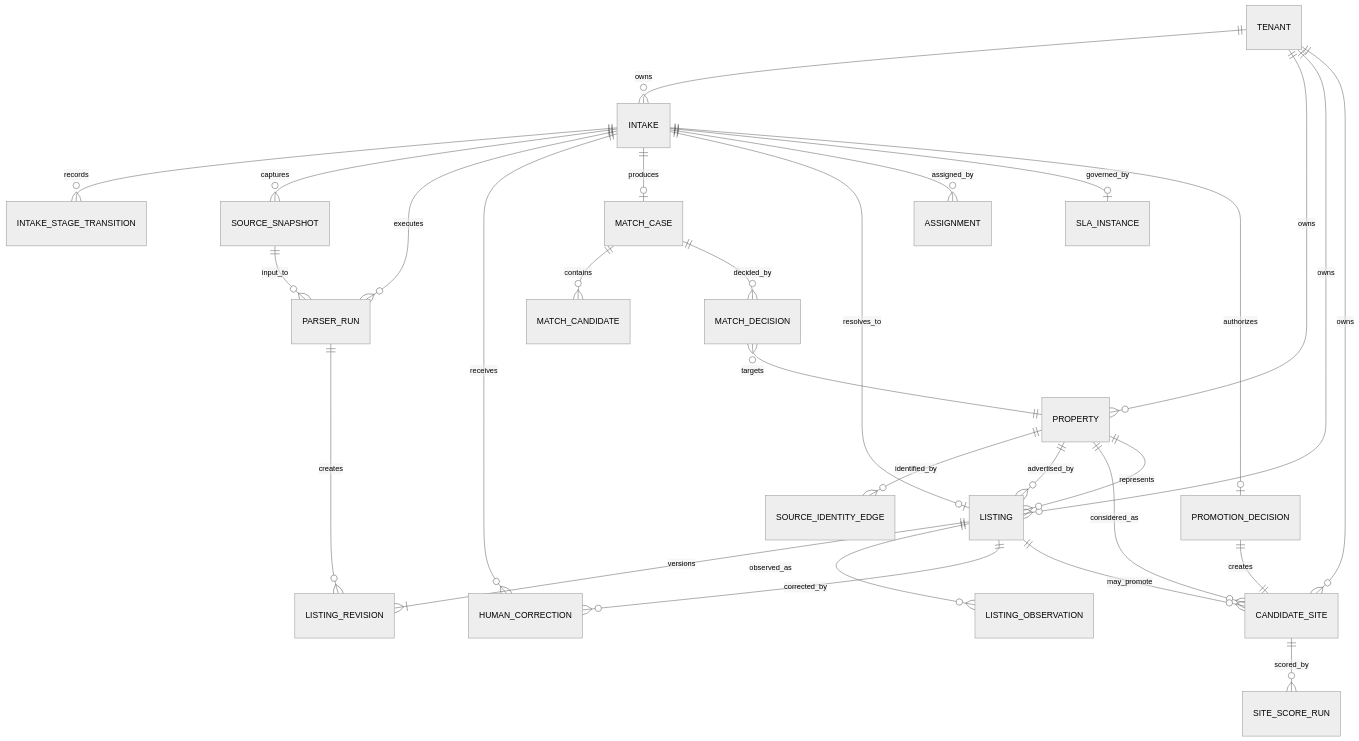
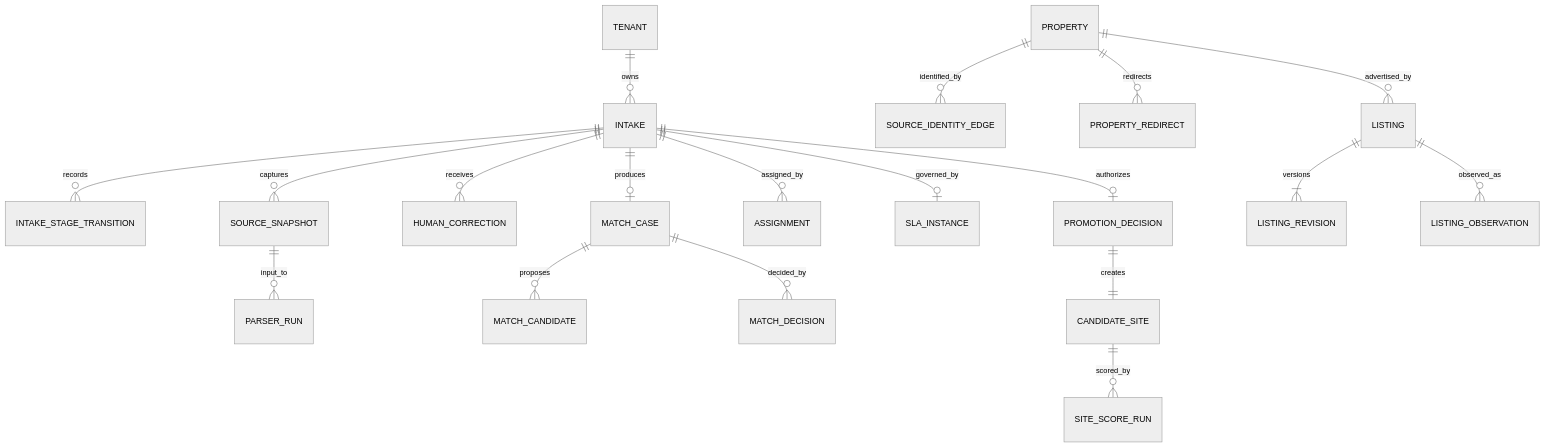
Before and after one commit to alfloop-dev/odayplus: the diagram in docs/design/ODAY_PLUS_ASSISTED_LISTING_INTAKE_SYSTEM_DESIGN_RESPONSE.md, drawn with Mermaid (neutral theme). The commit also changed other lines of this file, not shown here.

Commit message:
ODP-SD-INTAKE-001: resubmit binding design v0.2.0

````diff
--- a/docs/design/ODAY_PLUS_ASSISTED_LISTING_INTAKE_SYSTEM_DESIGN_RESPONSE.md
+++ b/docs/design/ODAY_PLUS_ASSISTED_LISTING_INTAKE_SYSTEM_DESIGN_RESPONSE.md
@@ -99,36 +72,21 @@
 ```mermaid
 erDiagram
     TENANT ||--o{ INTAKE : owns
-    TENANT ||--o{ PROPERTY : owns
-    TENANT ||--o{ LISTING : owns
-    TENANT ||--o{ CANDIDATE_SITE : owns
-
     INTAKE ||--o{ INTAKE_STAGE_TRANSITION : records
     INTAKE ||--o{ SOURCE_SNAPSHOT : captures
-    INTAKE ||--o{ PARSER_RUN : executes
+    SOURCE_SNAPSHOT ||--o{ PARSER_RUN : input_to
     INTAKE ||--o{ HUMAN_CORRECTION : receives
     INTAKE ||--o| MATCH_CASE : produces
-    INTAKE ||--o| LISTING : resolves_to
+    MATCH_CASE ||--o{ MATCH_CANDIDATE : proposes
+    MATCH_CASE ||--o{ MATCH_DECISION : decided_by
+    PROPERTY ||--o{ SOURCE_IDENTITY_EDGE : identified_by
+    PROPERTY ||--o{ PROPERTY_REDIRECT : redirects
+    PROPERTY ||--o{ LISTING : advertised_by
+    LISTING ||--|{ LISTING_REVISION : versions
+    LISTING ||--o{ LISTING_OBSERVATION : observed_as
     INTAKE ||--o{ ASSIGNMENT : assigned_by
     INTAKE ||--o| SLA_INSTANCE : governed_by
     INTAKE ||--o| PROMOTION_DECISION : authorizes
-
-    PROPERTY ||--o{ SOURCE_IDENTITY_EDGE : identified_by
-    PROPERTY ||--o{ LISTING : advertised_by
-    PROPERTY ||--o{ CANDIDATE_SITE : considered_as
-
-    MATCH_CASE ||--o{ MATCH_CANDIDATE : contains
-    MATCH_CASE ||--o{ MATCH_DECISION : decided_by
-    MATCH_DECISION }o--|| PROPERTY : targets
-
-    LISTING ||--|{ LISTING_REVISION : versions
-    LISTING ||--o{ LISTING_OBSERVATION : observed_as
-    LISTING ||--o{ HUMAN_CORRECTION : corrected_by
-    LISTING }o--|| PROPERTY : represents
-    LISTING ||--o{ CANDIDATE_SITE : may_promote
-
-    SOURCE_SNAPSHOT ||--o{ PARSER_RUN : input_to
-    PARSER_RUN ||--o{ LISTING_REVISION : creates
     PROMOTION_DECISION ||--|| CANDIDATE_SITE : creates
     CANDIDATE_SITE ||--o{ SITE_SCORE_RUN : scored_by
 ```
````
